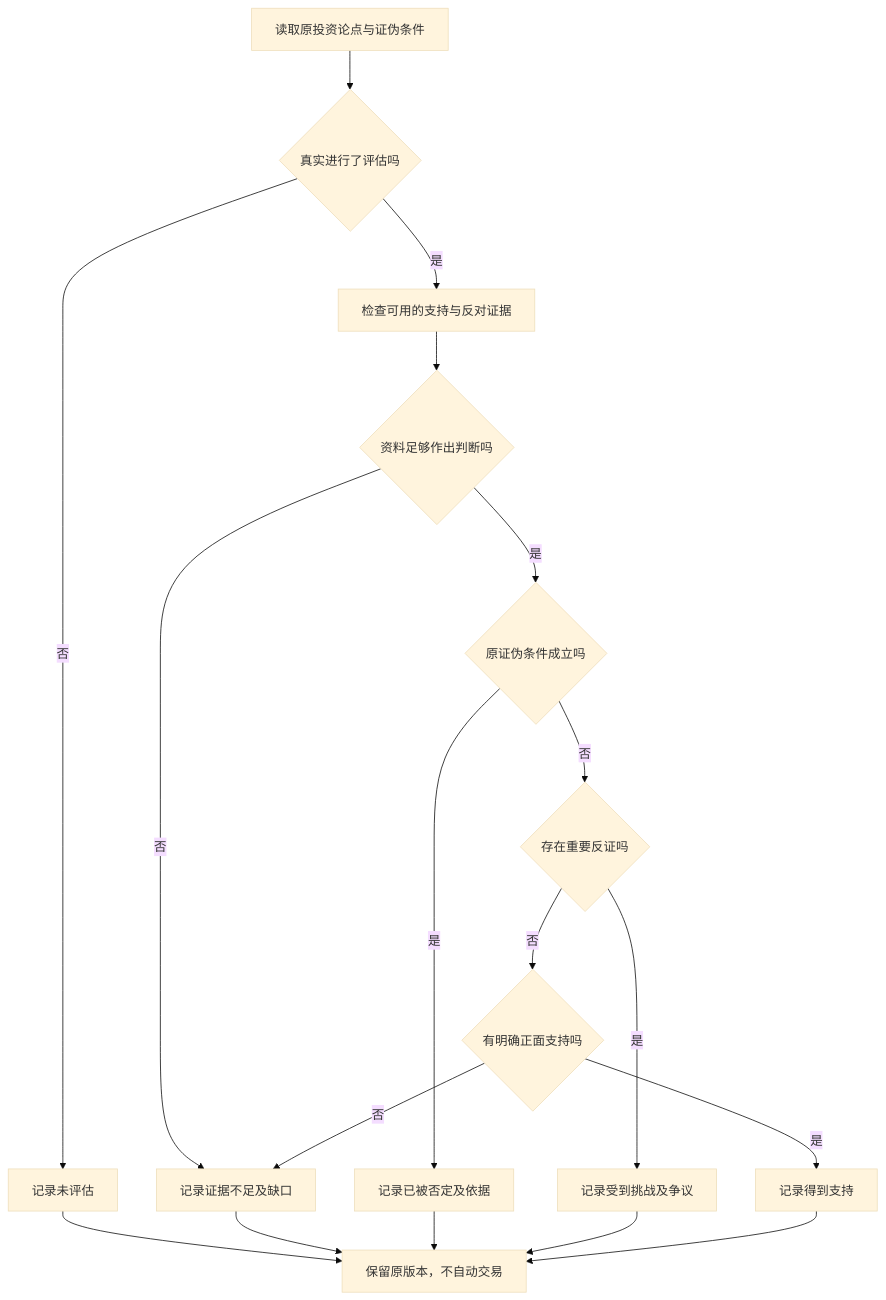
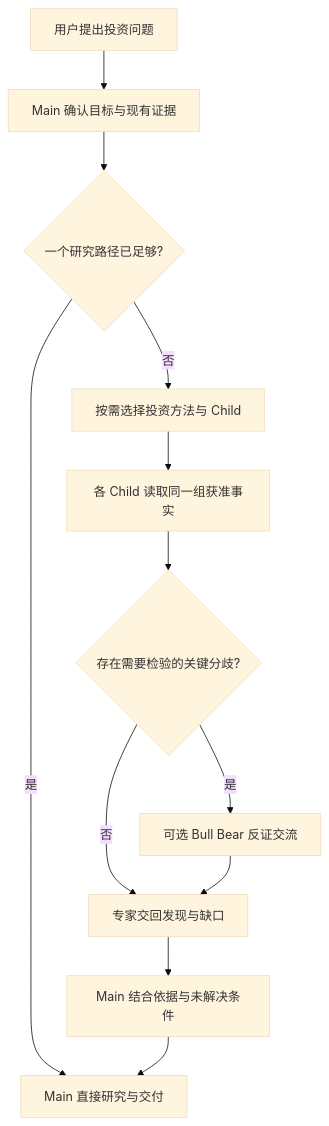
One commit to hpoenixf/eff-agent-article changed the diagram in articles/investment-perspectives-and-thesis-falsification.md. Above: the diagram before and after it, drawn with Mermaid (base theme). The commit also changed other lines of this file and 9 other files, not shown here.

````diff
--- a/articles/investment-perspectives-and-thesis-falsification.md
+++ b/articles/investment-perspectives-and-thesis-falsification.md
@@ -167,20 +136,14 @@
-```mermaid
+~~~mermaid
 flowchart TD
-    A[读取原投资论点与证伪条件] --> B{真实进行了评估吗}
-    B -- 否 --> C[记录未评估]
-    B -- 是 --> D[检查可用的支持与反对证据]
-    D --> E{资料足够作出判断吗}
-    E -- 否 --> F[记录证据不足及缺口]
-    E -- 是 --> G{原证伪条件成立吗}
-    G -- 是 --> H[记录已被否定及依据]
-    G -- 否 --> I{存在重要反证吗}
-    I -- 是 --> J[记录受到挑战及争议]
-    I -- 否 --> K{有明确正面支持吗}
-    K -- 是 --> L[记录得到支持]
-    K -- 否 --> F
-    C --> M[保留原版本，不自动交易]
-    F --> M
-    H --> M
-    J --> M
-    L --> M
-```
+    U[用户提出投资问题] --> M[Main 确认目标与现有证据]
+    M --> Q{一个研究路径已足够?}
+    Q -- 是 --> R[Main 直接研究与交付]
+    Q -- 否 --> P[按需选择投资方法与 Child]
+    P --> S[各 Child 读取同一组获准事实]
+    S --> D{存在需要检验的关键分歧?}
+    D -- 否 --> H[专家交回发现与缺口]
+    D -- 是 --> B[可选 Bull Bear 反证交流]
+    B --> H
+    H --> T[Main 结合依据与未解决条件]
+    T --> R
+~~~
````
